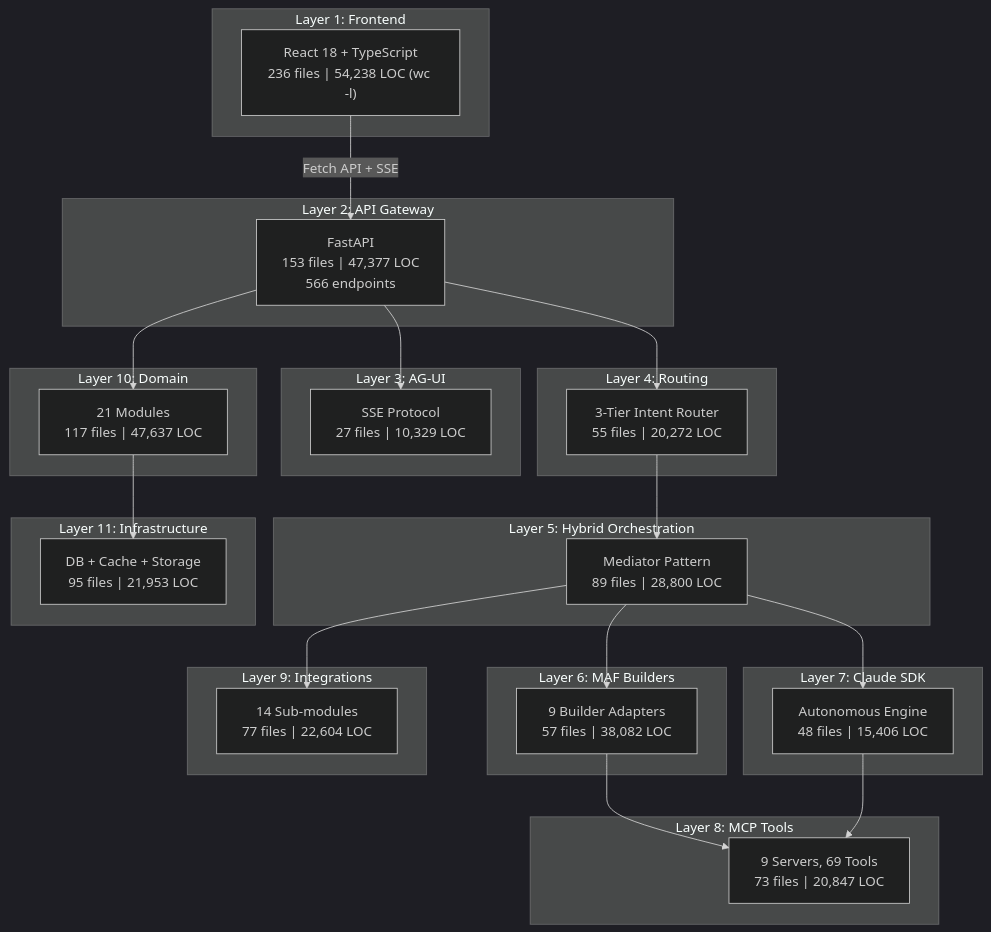
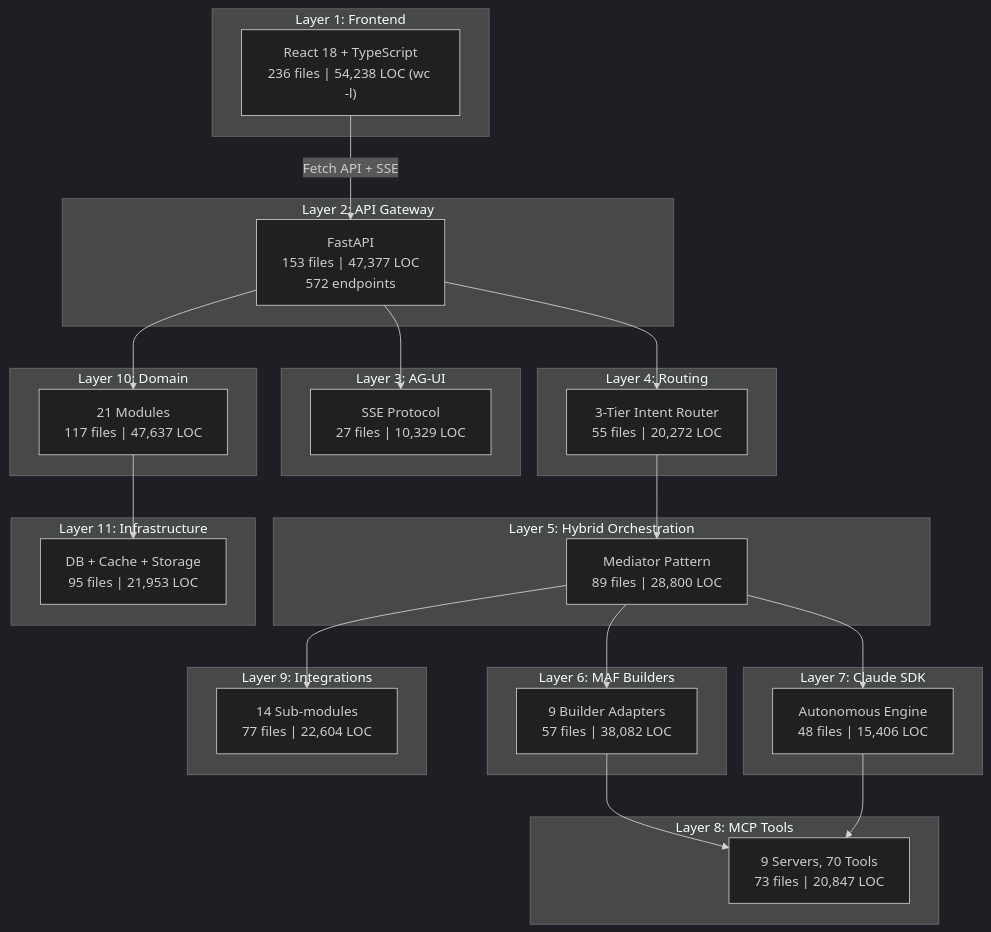
The diagram in docs/07-analysis/V9/00-stats.md (laitim2001/ai-semantic-kernel-framework-project), drawn with Mermaid (dark theme) before and after one commit. The commit also changed other lines of this file and 15 other files, not shown here.

````diff
--- a/docs/07-analysis/V9/00-stats.md
+++ b/docs/07-analysis/V9/00-stats.md
@@ -21,48 +21,48 @@
 ```mermaid
 graph TB
     subgraph "Layer 1: Frontend"
         FE["React 18 + TypeScript<br/>236 files | 54,238 LOC (wc -l)"]
     end
     subgraph "Layer 2: API Gateway"
-        API["FastAPI<br/>153 files | 47,377 LOC<br/>566 endpoints"]
+        API["FastAPI<br/>153 files | 47,377 LOC<br/>572 endpoints"]
     end
     subgraph "Layer 3: AG-UI"
         AGUI["SSE Protocol<br/>27 files | 10,329 LOC"]
     end
     subgraph "Layer 4: Routing"
         ROUTE["3-Tier Intent Router<br/>55 files | 20,272 LOC"]
     end
     subgraph "Layer 5: Hybrid Orchestration"
         HYBRID["Mediator Pattern<br/>89 files | 28,800 LOC"]
     end
     subgraph "Layer 6: MAF Builders"
         MAF["9 Builder Adapters<br/>57 files | 38,082 LOC"]
     end
     subgraph "Layer 7: Claude SDK"
         CLAUDE["Autonomous Engine<br/>48 files | 15,406 LOC"]
     end
     subgraph "Layer 8: MCP Tools"
-        MCP["9 Servers, 69 Tools<br/>73 files | 20,847 LOC"]
+        MCP["9 Servers, 70 Tools<br/>73 files | 20,847 LOC"]
     end
     subgraph "Layer 9: Integrations"
         INT["14 Sub-modules<br/>77 files | 22,604 LOC"]
     end
     subgraph "Layer 10: Domain"
         DOM["21 Modules<br/>117 files | 47,637 LOC"]
     end
     subgraph "Layer 11: Infrastructure"
         INFRA["DB + Cache + Storage<br/>95 files | 21,953 LOC"]
     end
 
     FE -->|"Fetch API + SSE"| API
     API --> AGUI
     API --> ROUTE
     ROUTE --> HYBRID
     HYBRID --> MAF
     HYBRID --> CLAUDE
     MAF --> MCP
     CLAUDE --> MCP
     HYBRID --> INT
     API --> DOM
     DOM --> INFRA
 ```
````
